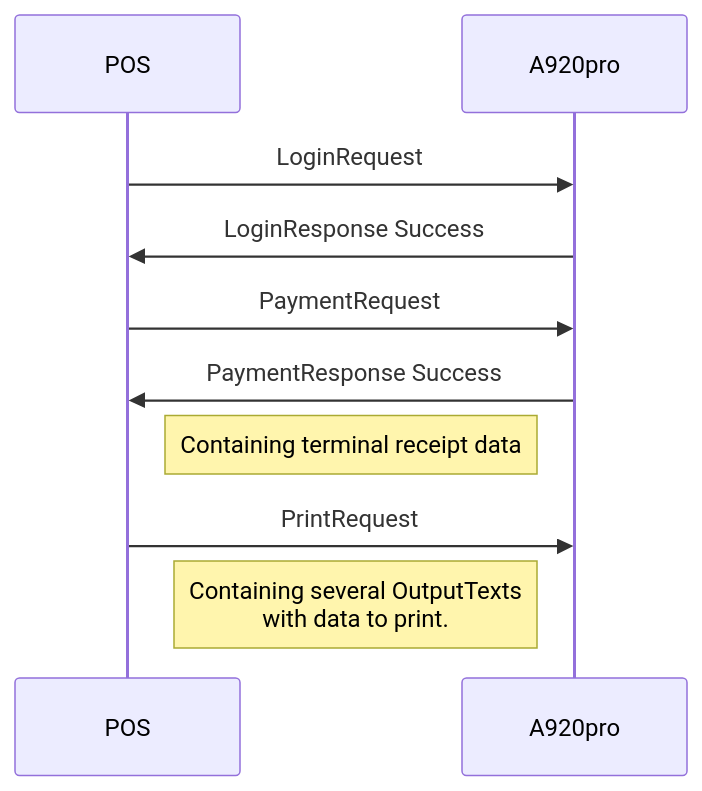
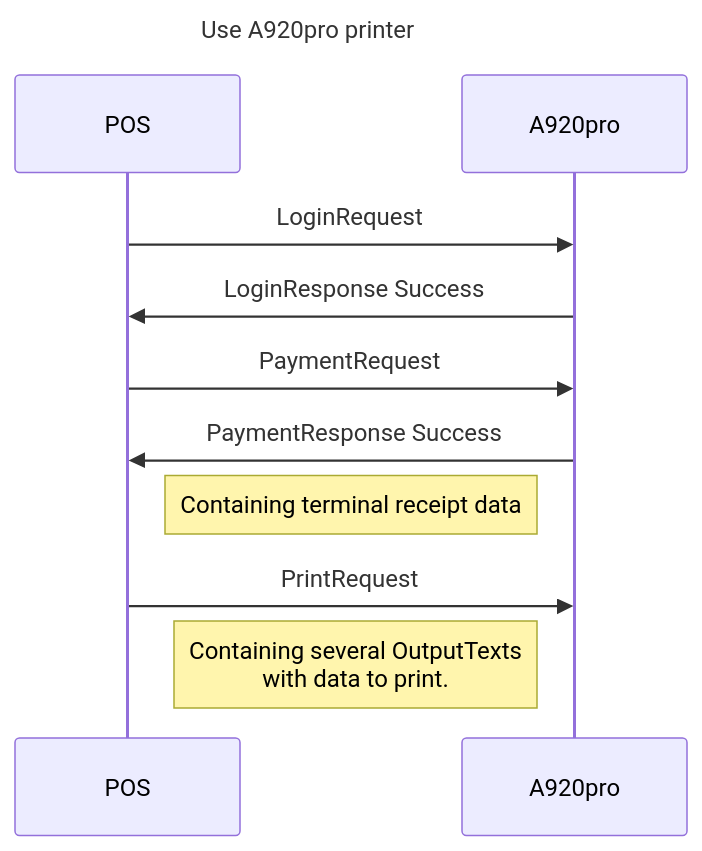
The diagram in pax-terminal/Nexo-Retailer/use-a920-printer.md (SwedbankPay/developer.swedbankpay.com), drawn with Mermaid before and after one commit. The commit also changed 66 other files, not shown here.

Commit message:
Added titles in sequence diagrams

````diff
--- a/pax-terminal/Nexo-Retailer/use-a920-printer.md
+++ b/pax-terminal/Nexo-Retailer/use-a920-printer.md
@@ -12,13 +12,14 @@
 ```mermaid
 sequenceDiagram
+title: Use A920pro printer
 participant POS
 participant A920pro
 
 POS ->> A920pro: LoginRequest
 A920pro ->> POS: LoginResponse Success
 POS ->> A920pro: PaymentRequest
 A920pro ->> POS: PaymentResponse Success
 Note left of A920pro: Containing terminal receipt data
 POS ->> A920pro: PrintRequest
 Note left of A920pro: Containing several OutputTexts<br/>with data to print.
 ```
````
